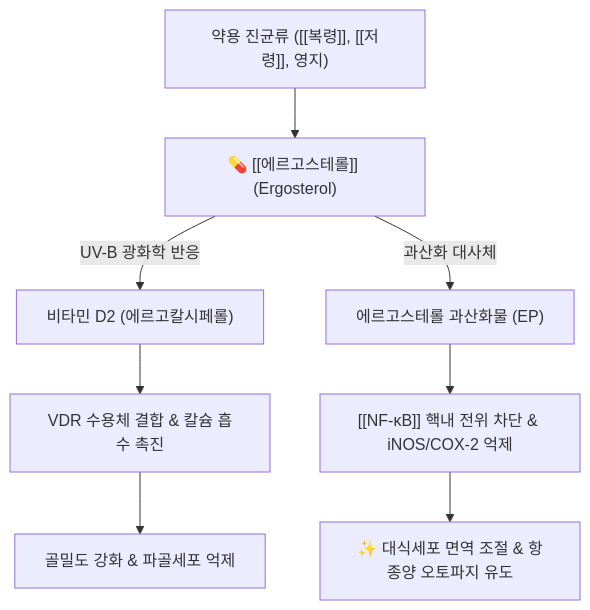
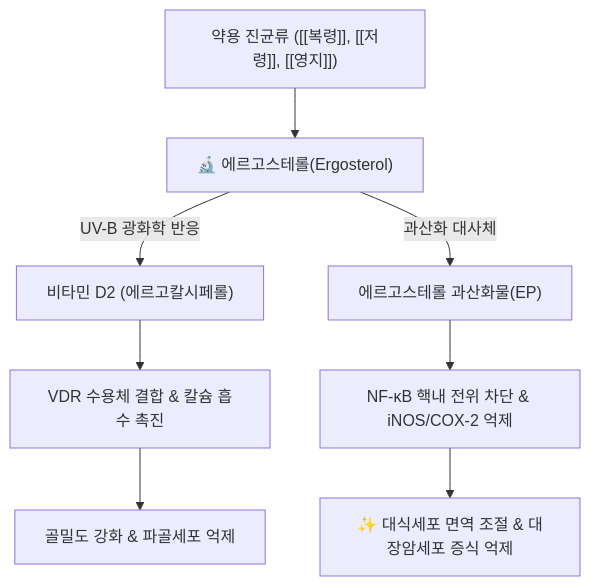
The diagram in content/2. 약리 공부/약리성분/07_스테로이드_지질/에르고스테롤.md (simbio11/simbio-digital-garden2), drawn with Mermaid before and after one commit. The commit also changed other lines of this file and 324 other files, not shown here.

````diff
--- a/content/2. 약리 공부/약리성분/07_스테로이드_지질/에르고스테롤.md
+++ b/content/2. 약리 공부/약리성분/07_스테로이드_지질/에르고스테롤.md
@@ -60,12 +78,10 @@
 ```mermaid
 graph TD
-    Source["약용 진균류 ([[복령]], [[저령]], 영지)"] --> Ergo["💊 [[에르고스테롤]] (Ergosterol)"]
-
+    Source["약용 진균류 ([[복령]], [[저령]], [[영지]])"] --> Ergo["🔬 에르고스테롤(Ergosterol)"]
     Ergo -->|UV-B 광화학 반응| VitD["비타민 D2 (에르고칼시페롤)"]
     VitD --> VDR["VDR 수용체 결합 & 칼슘 흡수 촉진"]
     VDR --> Bone["골밀도 강화 & 파골세포 억제"]
-
-    Ergo -->|과산화 대사체| Peroxide["에르고스테롤 과산화물 (EP)"]
-    Peroxide --> Suppress["[[NF-κB]] 핵내 전위 차단 & iNOS/COX-2 억제"]
-    Suppress --> Immune["✨ 대식세포 면역 조절 & 항종양 오토파지 유도"]
+    Ergo -->|과산화 대사체| Peroxide["에르고스테롤 과산화물(EP)"]
+    Peroxide --> Suppress["NF-κB 핵내 전위 차단 & iNOS/COX-2 억제"]
+    Suppress --> Immune["✨ 대식세포 면역 조절 & 대장암세포 증식 억제"]
 ```
````
